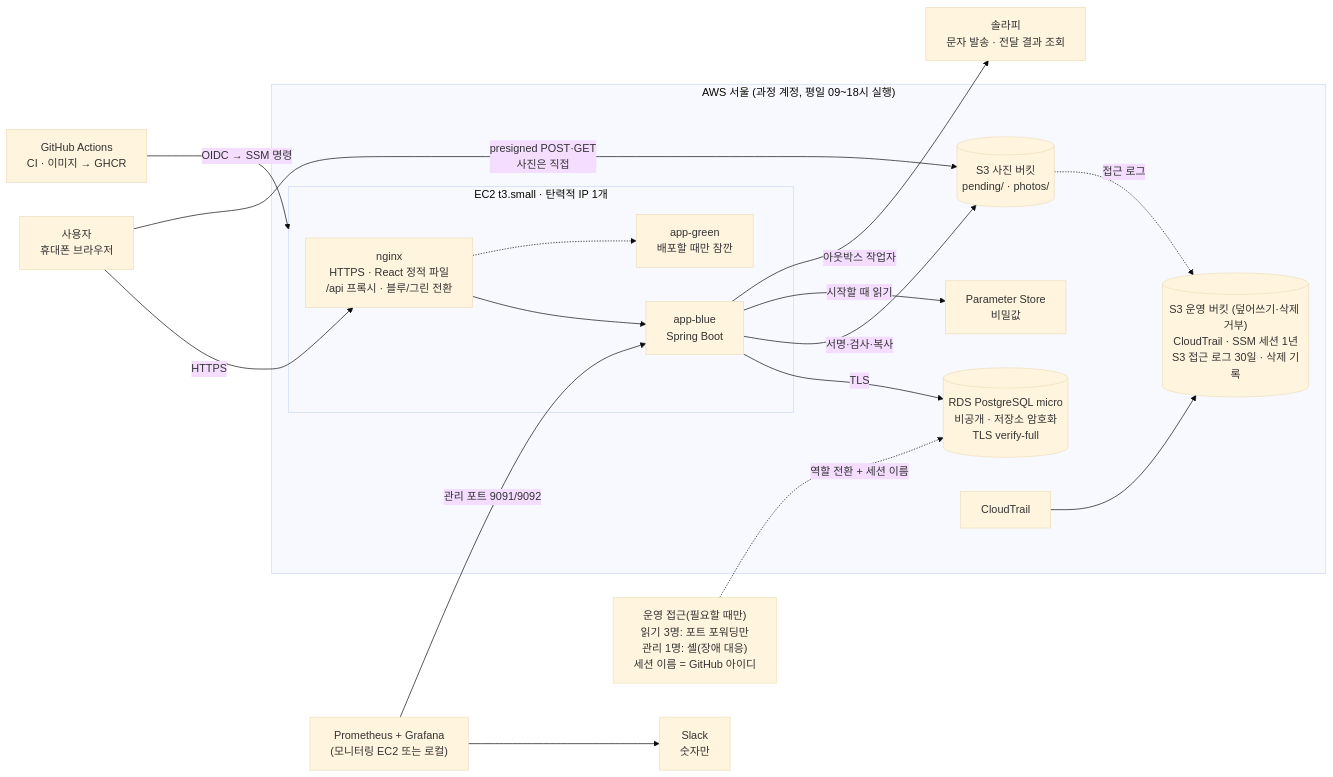
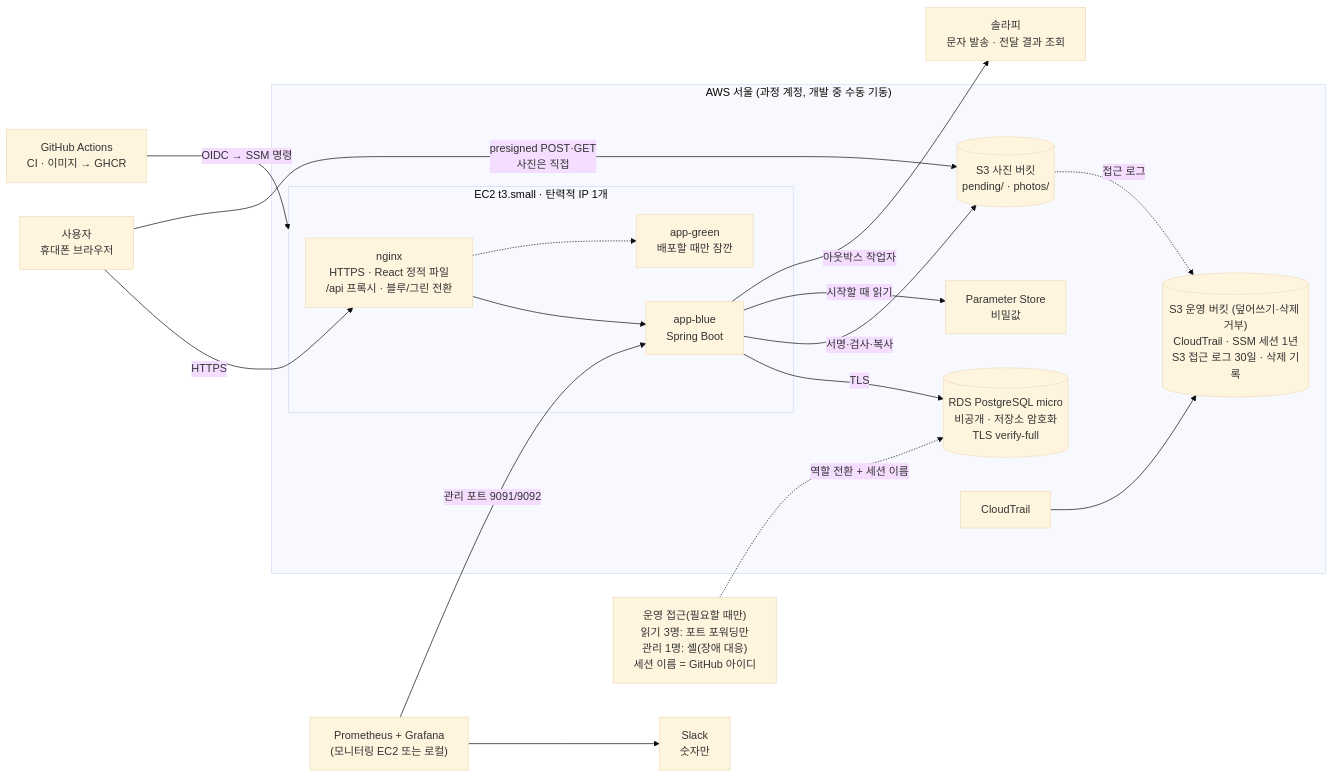
The diagram in docs/rules/04-인프라-아키텍처.md (prgrms-be-devcourse/NBE12-14-final-homestamp), drawn with Mermaid (base theme) before and after one commit. The commit also changed other lines of this file and 4 other files, not shown here.

````diff
--- a/docs/rules/04-인프라-아키텍처.md
+++ b/docs/rules/04-인프라-아키텍처.md
@@ -11,36 +11,36 @@
 ```mermaid
 flowchart LR
     U["사용자<br/>휴대폰 브라우저"]
-    subgraph AWS["AWS 서울 (과정 계정, 평일 09~18시 실행)"]
+    subgraph AWS["AWS 서울 (과정 계정, 개발 중 수동 기동)"]
         subgraph EC2["EC2 t3.small · 탄력적 IP 1개"]
             NG["nginx<br/>HTTPS · React 정적 파일<br/>/api 프록시 · 블루/그린 전환"]
             B["app-blue<br/>Spring Boot"]
             G["app-green<br/>배포할 때만 잠깐"]
         end
         RDS[("RDS PostgreSQL micro<br/>비공개 · 저장소 암호화<br/>TLS verify-full")]
         S3P[("S3 사진 버킷<br/>pending/ · photos/")]
         S3L[("S3 운영 버킷 (덮어쓰기·삭제 거부)<br/>CloudTrail · SSM 세션 1년<br/>S3 접근 로그 30일 · 삭제 기록")]
         PS["Parameter Store<br/>비밀값"]
         CT["CloudTrail"]
     end
     SOL["솔라피<br/>문자 발송 · 전달 결과 조회"]
     GH["GitHub Actions<br/>CI · 이미지 → GHCR"]
     OPS["운영 접근(필요할 때만)<br/>읽기 3명: 포트 포워딩만<br/>관리 1명: 셸(장애 대응)<br/>세션 이름 = GitHub 아이디"]
     MON["Prometheus + Grafana<br/>(모니터링 EC2 또는 로컬)"]
     SL["Slack<br/>숫자만"]
 
     U -- "HTTPS" --> NG
     NG --> B
     NG -.-> G
     U -- "presigned POST·GET<br/>사진은 직접" --> S3P
     B -- "TLS" --> RDS
     B -- "서명·검사·복사" --> S3P
     B -- "시작할 때 읽기" --> PS
     B -- "아웃박스 작업자" --> SOL
     GH -- "OIDC → SSM 명령" --> EC2
     OPS -. "역할 전환 + 세션 이름" .-> RDS
     CT --> S3L
     S3P -. "접근 로그" .-> S3L
     MON -- "관리 포트 9091/9092" --> B
     MON --> SL
 ```
````
